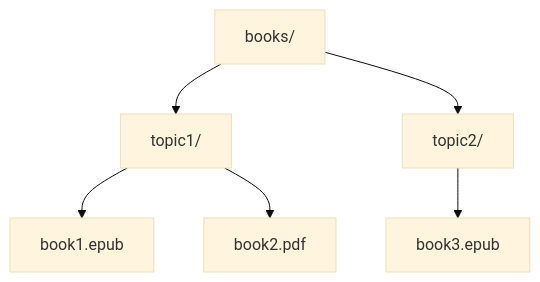
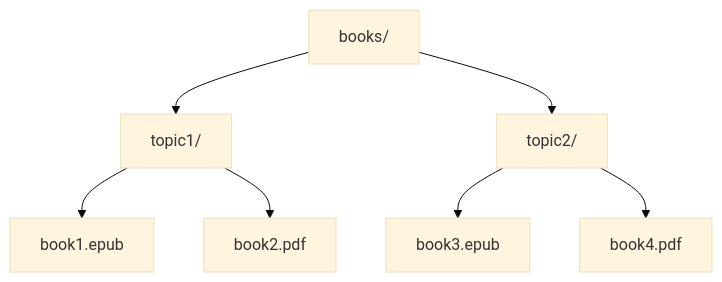
Before and after one commit to nonlinear/personal-library: the second of 2 diagrams in README.md, drawn with Mermaid (base theme). The commit also changed other lines of this file and 12 other files, not shown here.

````diff
--- a/README.md
+++ b/README.md
@@ -64,8 +69,9 @@
 ```mermaid
 graph TD
     A[books/] --> B[topic1/]
     A --> C[topic2/]
     B --> D[book1.epub]
     B --> E[book2.pdf]
     C --> F[book3.epub]
+    C --> G[book4.pdf]
 ```
````
